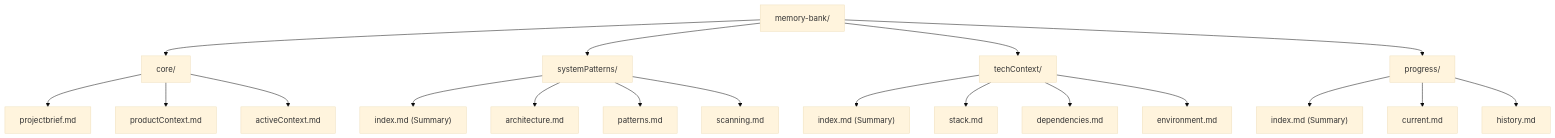
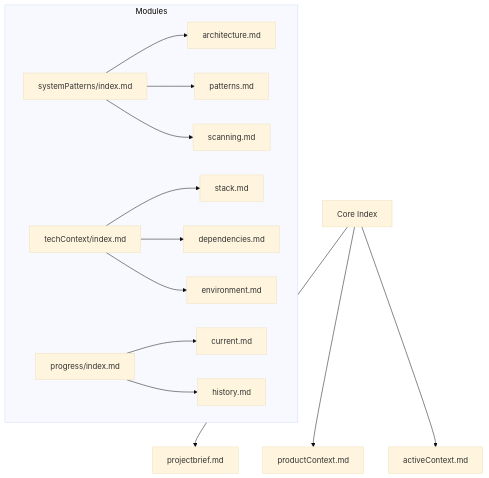
The first of 2 diagrams in src/lib/rules/memory-bank-rules.md (sm-moshi/aimemory), drawn with Mermaid (base theme) before and after one commit. The commit also changed other lines of this file and 8 other files, not shown here.

````diff
--- a/src/lib/rules/memory-bank-rules.md
+++ b/src/lib/rules/memory-bank-rules.md
@@ -16,25 +38,22 @@
 ```mermaid
-graph TD
-    MB["memory-bank/"] --> CORE["core/"]
-    MB --> SP["systemPatterns/"]
-    MB --> TC["techContext/"]
-    MB --> PR["progress/"]
+flowchart TD
+    CORE[Core Index] --> PB[projectbrief.md]
+    CORE --> PC[productContext.md]
+    CORE --> AC[activeContext.md]
 
-    CORE --> PB["projectbrief.md"]
-    CORE --> PC["productContext.md"]
-    CORE --> AC["activeContext.md"]
+    subgraph Modules
+      SP_IDX[systemPatterns/index.md]
+      SP_IDX --> SP_ARCH[architecture.md]
+      SP_IDX --> SP_PTRN[patterns.md]
+      SP_IDX --> SP_SCAN[scanning.md]
 
-    SP --> SPI["index.md (Summary)"]
-    SP --> SPA["architecture.md"]
-    SP --> SPP["patterns.md"]
-    SP --> SPS["scanning.md"]
+      TC_IDX[techContext/index.md]
+      TC_IDX --> TC_STACK[stack.md]
+      TC_IDX --> TC_DEPS[dependencies.md]
+      TC_IDX --> TC_ENV[environment.md]
 
-    TC --> TCI["index.md (Summary)"]
-    TC --> TCS["stack.md"]
-    TC --> TCD["dependencies.md"]
-    TC --> TCE["environment.md"]
-
-    PR --> PRI["index.md (Summary)"]
-    PR --> PRC["current.md"]
-    PR --> PRH["history.md"]
+      PR_IDX[progress/index.md]
+      PR_IDX --> PR_CUR[current.md]
+      PR_IDX --> PR_HIST[history.md]
+    end
 ```
````
